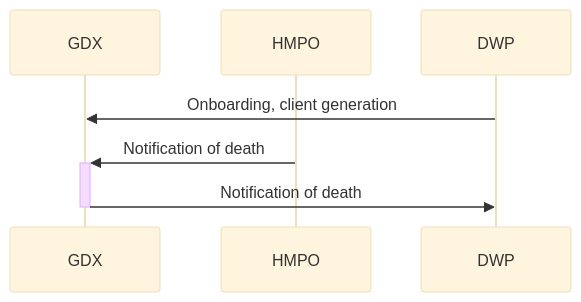
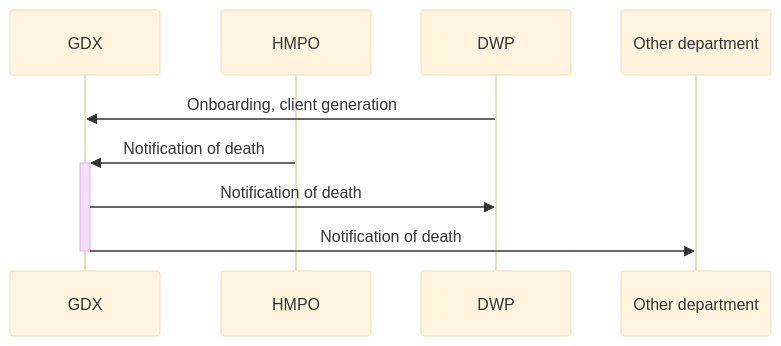
The first of 2 diagrams in doc/architecture/decisions/0005-queue-api.md (govuk-one-login/life-events-platform), drawn with Mermaid (base theme) before and after one commit.

Commit message:
feat: Add other department (#207)

````diff
--- a/doc/architecture/decisions/0005-queue-api.md
+++ b/doc/architecture/decisions/0005-queue-api.md
@@ -21,12 +21,15 @@
 ```mermaid
 sequenceDiagram
     participant GDX
     participant HMPO
     participant DWP
+    participant Other department
 
     
     DWP ->> GDX: Onboarding, client generation
     
     HMPO ->>+ GDX: Notification of death
-    GDX ->>-DWP: Notification of death
+    GDX ->> DWP: Notification of death
+    GDX ->>- Other department: Notification of death
+
 ```
````
